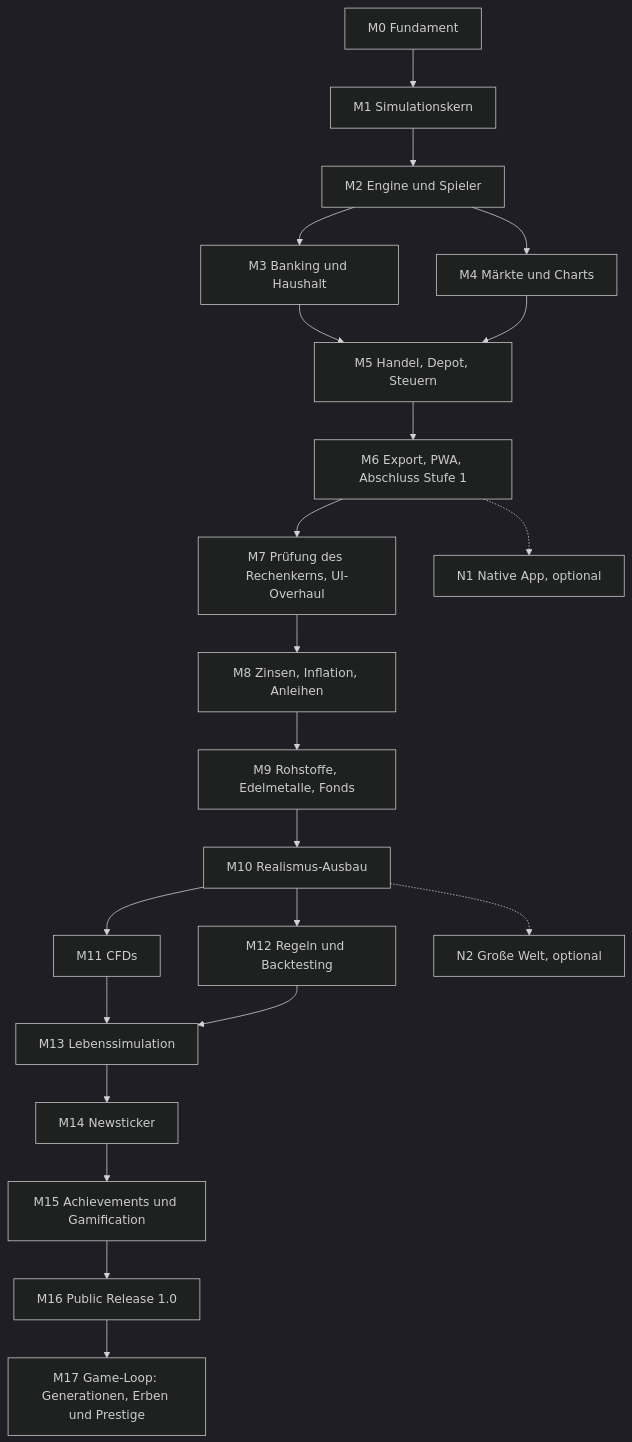
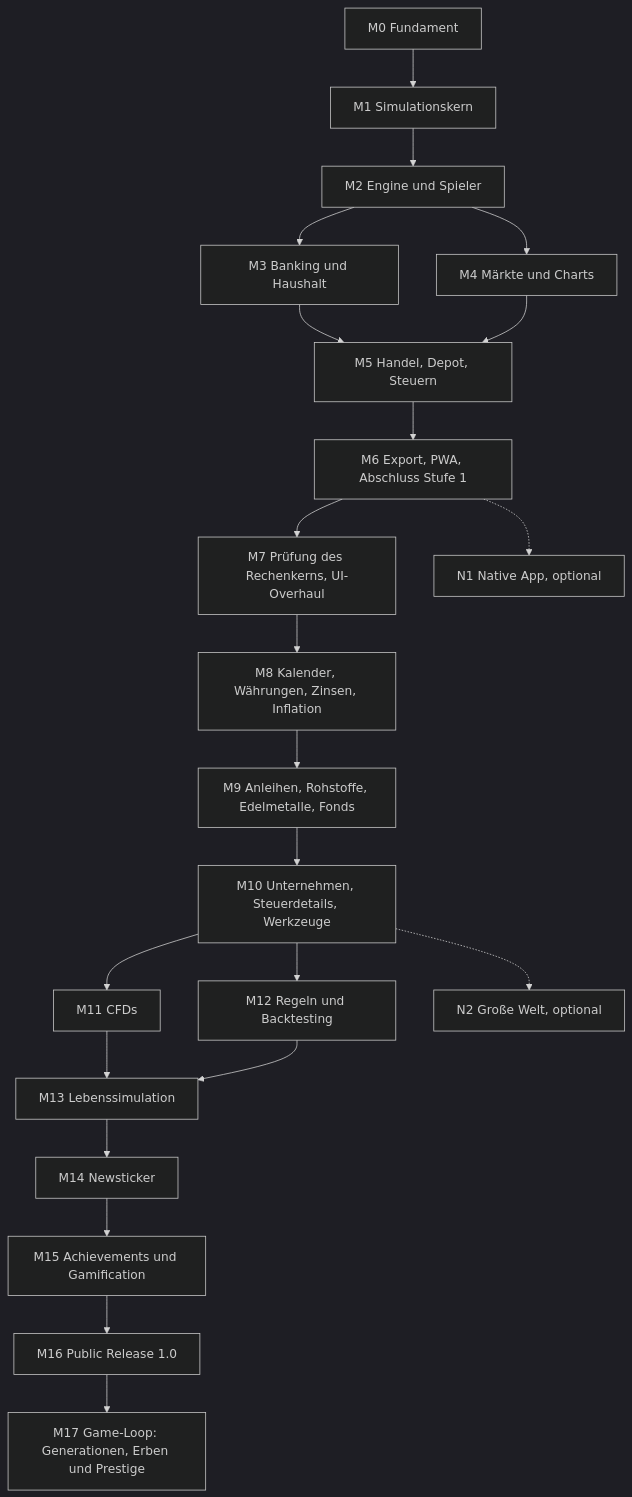
Before and after one commit to algoristic/PortfoliGo: the first of 3 diagrams in docs/projektplan.md, drawn with Mermaid (dark theme). The commit also changed other lines of this file and 16 other files, not shown here.

````diff
--- a/docs/projektplan.md
+++ b/docs/projektplan.md
@@ -22,24 +23,24 @@
 ```mermaid
 flowchart TD
   M0[M0 Fundament] --> M1[M1 Simulationskern]
   M1 --> M2[M2 Engine und Spieler]
   M2 --> M3[M3 Banking und Haushalt]
   M2 --> M4[M4 Märkte und Charts]
   M3 --> M5[M5 Handel, Depot, Steuern]
   M4 --> M5
   M5 --> M6[M6 Export, PWA, Abschluss Stufe 1]
   M6 --> M7[M7 Prüfung des Rechenkerns, UI-Overhaul]
-  M7 --> M8[M8 Zinsen, Inflation, Anleihen]
-  M8 --> M9[M9 Rohstoffe, Edelmetalle, Fonds]
-  M9 --> M10[M10 Realismus-Ausbau]
+  M7 --> M8[M8 Kalender, Währungen, Zinsen, Inflation]
+  M8 --> M9[M9 Anleihen, Rohstoffe, Edelmetalle, Fonds]
+  M9 --> M10[M10 Unternehmen, Steuerdetails, Werkzeuge]
   M10 --> M11[M11 CFDs]
   M10 --> M12[M12 Regeln und Backtesting]
   M11 --> M13[M13 Lebenssimulation]
   M12 --> M13
   M13 --> M14[M14 Newsticker]
   M14 --> M15[M15 Achievements und Gamification]
   M15 --> M16[M16 Public Release 1.0]
   M16 --> M17[M17 Game-Loop: Generationen, Erben und Prestige]
   M6 -.-> N1[N1 Native App, optional]
   M10 -.-> N2[N2 Große Welt, optional]
 ```
````
